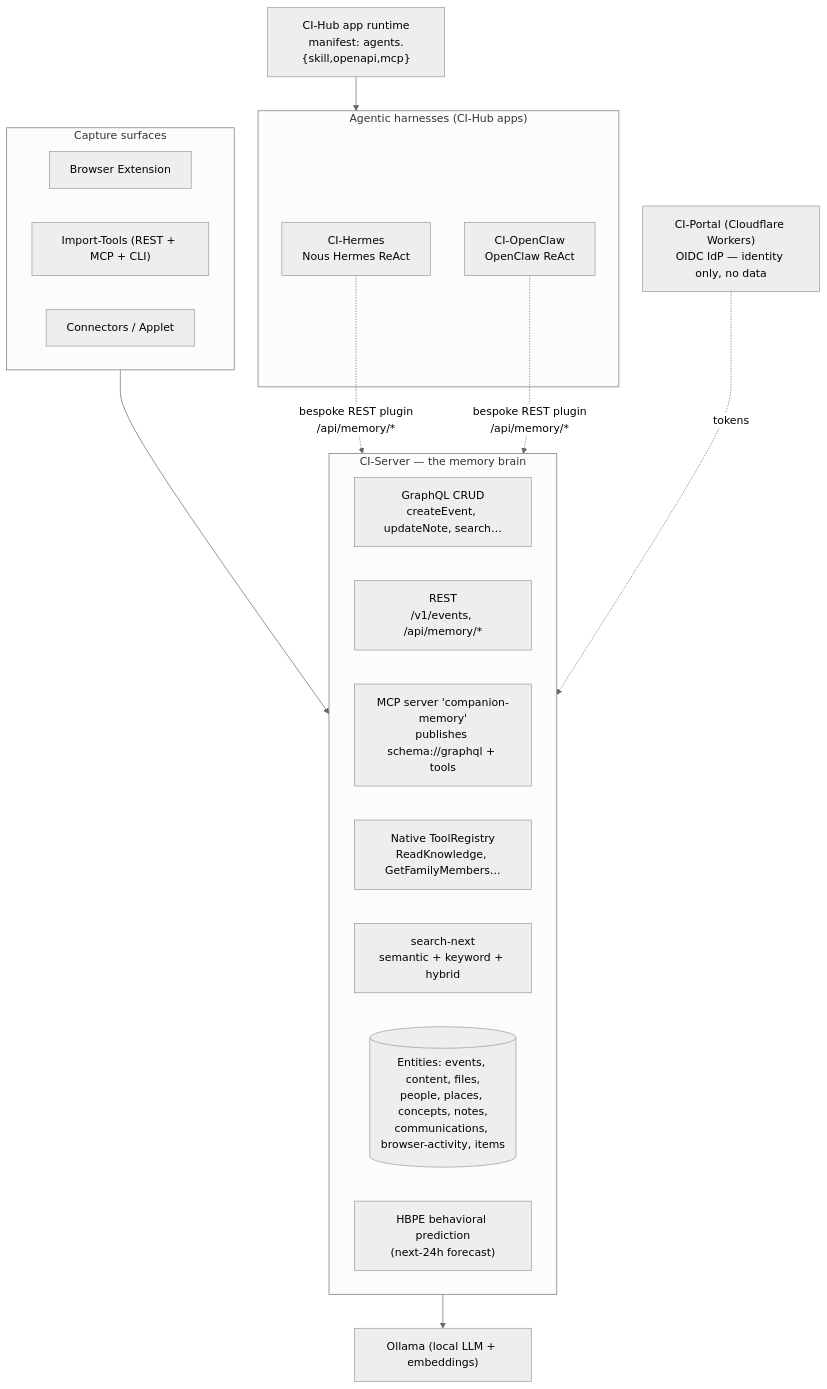
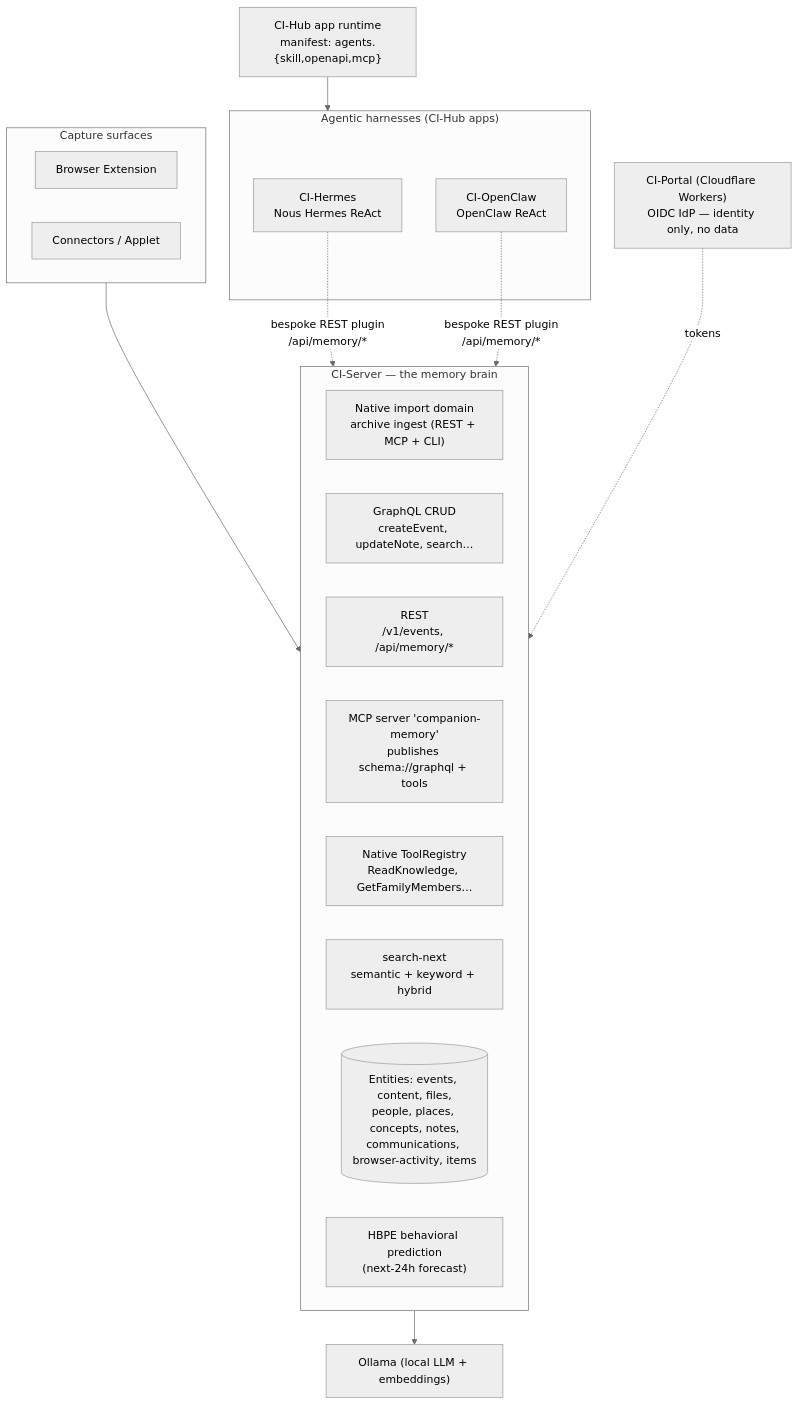
One commit to bennettchamberlain/Requiemv1 changed the second of 5 diagrams in vsAppleIntelligence.md. Above: the diagram before and after it, drawn with Mermaid (neutral theme). The commit also changed other lines of this file and 4 other files, not shown here.

First line of the commit message:
docs: correct the last CI-Import-Tools mentions that still read as current

````diff
--- a/vsAppleIntelligence.md
+++ b/vsAppleIntelligence.md
@@ -101,30 +101,30 @@
 ```mermaid
 flowchart TB
   subgraph CAP["Capture surfaces"]
     Ext["Browser Extension"]
-    Imp["Import-Tools (REST + MCP + CLI)"]
     Conn["Connectors / Applet"]
   end
   CAP --> SRV
 
   subgraph SRV["CI-Server — the memory brain"]
+    IMPD["Native import domain<br/>archive ingest (REST + MCP + CLI)"]
     GQL["GraphQL CRUD<br/>createEvent, updateNote, search…"]
     REST["REST<br/>/v1/events, /api/memory/*"]
     MCPS["MCP server 'companion-memory'<br/>publishes schema://graphql + tools"]
     TOOLS["Native ToolRegistry<br/>ReadKnowledge, GetFamilyMembers…"]
     SEARCH["search-next<br/>semantic + keyword + hybrid"]
     ENT[("Entities: events, content, files,<br/>people, places, concepts, notes,<br/>communications, browser-activity, items")]
     HBPE["HBPE behavioral prediction<br/>(next-24h forecast)"]
   end
 
   subgraph HARN["Agentic harnesses (CI-Hub apps)"]
     HERM["CI-Hermes<br/>Nous Hermes ReAct"]
     CLAW["CI-OpenClaw<br/>OpenClaw ReAct"]
   end
 
   HERM -.->|"bespoke REST plugin<br/>/api/memory/*"| SRV
   CLAW -.->|"bespoke REST plugin<br/>/api/memory/*"| SRV
   HUB["CI-Hub app runtime<br/>manifest: agents.{skill,openapi,mcp}"] --> HARN
   SRV --> OLL["Ollama (local LLM + embeddings)"]
   PORT["CI-Portal (Cloudflare Workers)<br/>OIDC IdP — identity only, no data"] -.->|tokens| SRV
 ```
````
